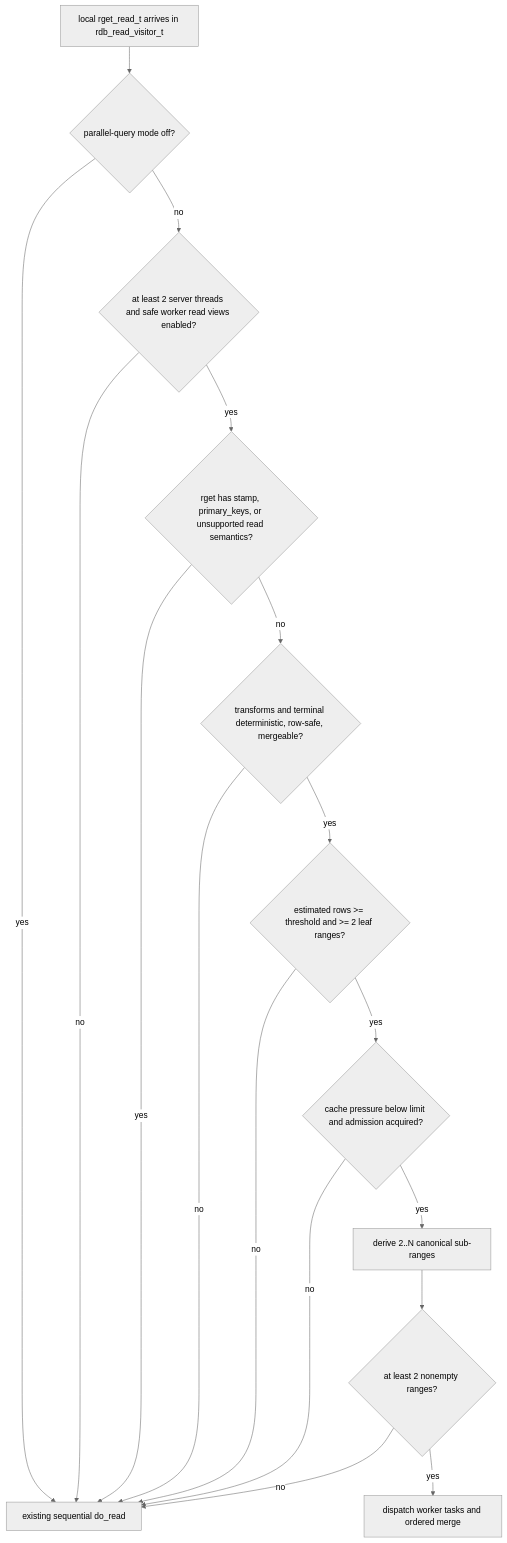
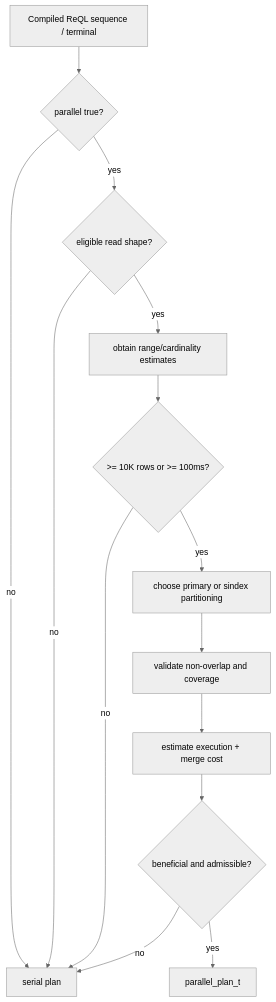
Before and after one commit to totalwindupflightsystems/rethinkdb: the second of 4 diagrams in .coding-hermes/specs/phase3-parallel-query.md, drawn with Mermaid (neutral theme). The commit also changed other lines of this file and 3 other files, not shown here.

First line of the commit message:
docs: improve Phase 3 partitioning + parallel-query specs, fix make test via web-assets stub, remove duplicate partitioning file

````diff
--- a/.coding-hermes/specs/phase3-parallel-query.md
+++ b/.coding-hermes/specs/phase3-parallel-query.md
@@ -429,19 +533,16 @@
 ```mermaid
 flowchart TD
-    A[local rget_read_t arrives in rdb_read_visitor_t] --> B{parallel-query mode off?}
-    B -- yes --> S[existing sequential do_read]
-    B -- no --> C{at least 2 server threads and safe worker read views enabled?}
-    C -- no --> S
-    C -- yes --> D{rget has stamp, primary_keys, or unsupported read semantics?}
-    D -- yes --> S
-    D -- no --> E{transforms and terminal deterministic, row-safe, mergeable?}
-    E -- no --> S
-    E -- yes --> F{estimated rows >= threshold and >= 2 leaf ranges?}
-    F -- no --> S
-    F -- yes --> G{cache pressure below limit and admission acquired?}
-    G -- no --> S
-    G -- yes --> H[derive 2..N canonical sub-ranges]
-    H --> I{at least 2 nonempty ranges?}
-    I -- no --> S
-    I -- yes --> P[dispatch worker tasks and ordered merge]
+    A[Compiled ReQL sequence / terminal] --> B{parallel true?}
+    B -->|no| S[serial plan]
+    B -->|yes| C{eligible read shape?}
+    C -->|no| S
+    C -->|yes| D[obtain range/cardinality estimates]
+    D --> E{>= 10K rows or >= 100ms?}
+    E -->|no| S
+    E -->|yes| F[choose primary or sindex partitioning]
+    F --> G[validate non-overlap and coverage]
+    G --> H[estimate execution + merge cost]
+    H --> I{beneficial and admissible?}
+    I -->|no| S
+    I -->|yes| P[parallel_plan_t]
 ```
````
